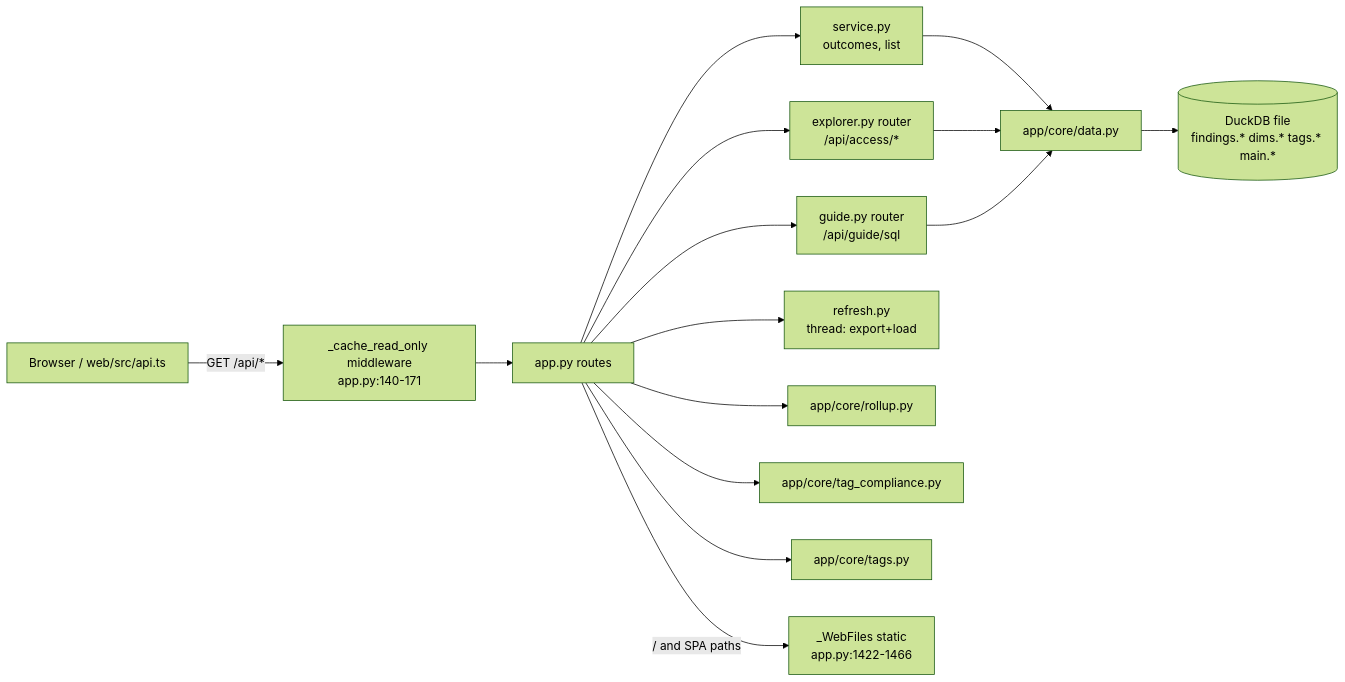
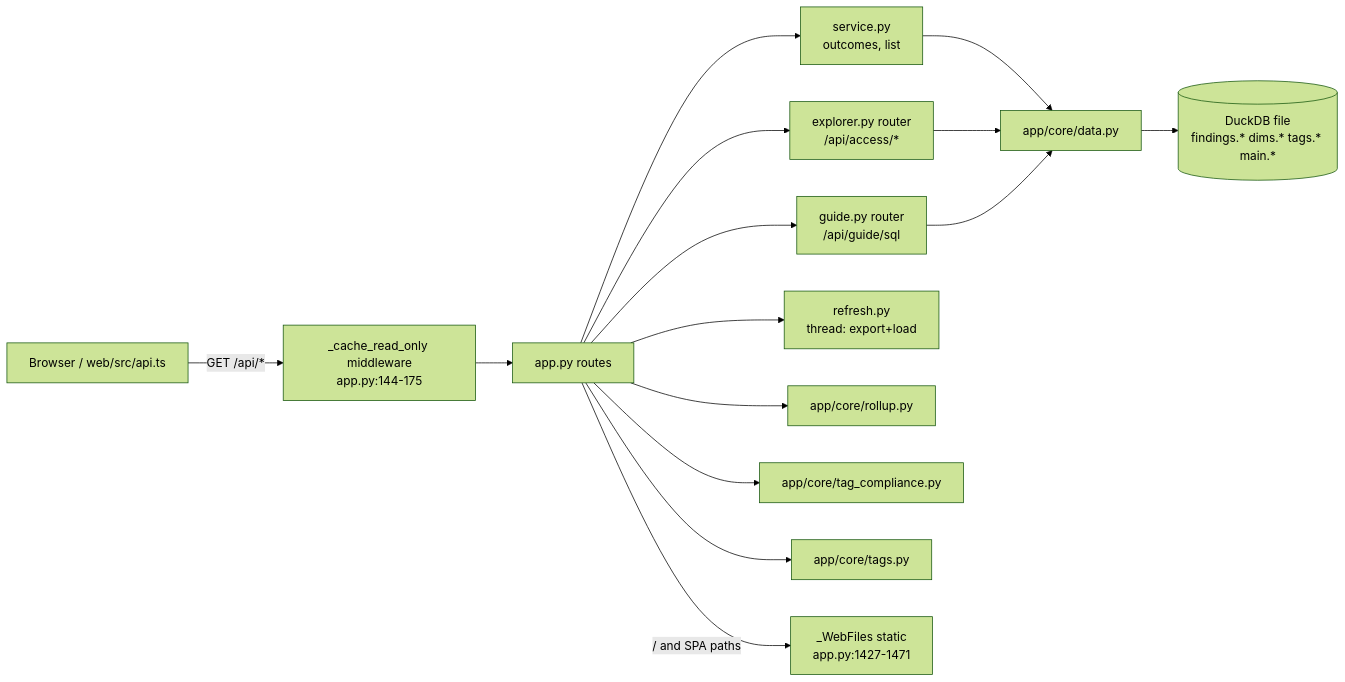
One commit to darshanmeel/snowflake-audit-app changed the first of 2 diagrams in snowflake-audit-app-knowledge-graph/modules/api.md. Above: the diagram before and after it, drawn with Mermaid (forest theme). The commit also changed other lines of this file and 36 other files, not shown here.

Commit message:
Remap graph and technical-doc cites to the current code

````diff
--- a/snowflake-audit-app-knowledge-graph/modules/api.md
+++ b/snowflake-audit-app-knowledge-graph/modules/api.md
@@ -9,17 +9,17 @@
 ```mermaid
 flowchart LR
-  B[Browser / web/src/api.ts] -->|GET /api/*| MW[_cache_read_only middleware<br/>app.py:140-171]
+  B[Browser / web/src/api.ts] -->|GET /api/*| MW[_cache_read_only middleware<br/>app.py:144-175]
   MW --> R[app.py routes]
   R --> S[service.py<br/>outcomes, list]
   R --> G[guide.py router<br/>/api/guide/sql]
   R --> X[explorer.py router<br/>/api/access/*]
   R --> RF[refresh.py<br/>thread: export+load]
   S --> D[app/core/data.py]
   R --> RO[app/core/rollup.py]
   R --> TC[app/core/tag_compliance.py]
   R --> T[app/core/tags.py]
   X --> D
   G --> D
   D --> DB[(DuckDB file<br/>findings.* dims.* tags.* main.*)]
-  R -->|/ and SPA paths| W[_WebFiles static<br/>app.py:1422-1466]
+  R -->|/ and SPA paths| W[_WebFiles static<br/>app.py:1427-1471]
 ```
````
